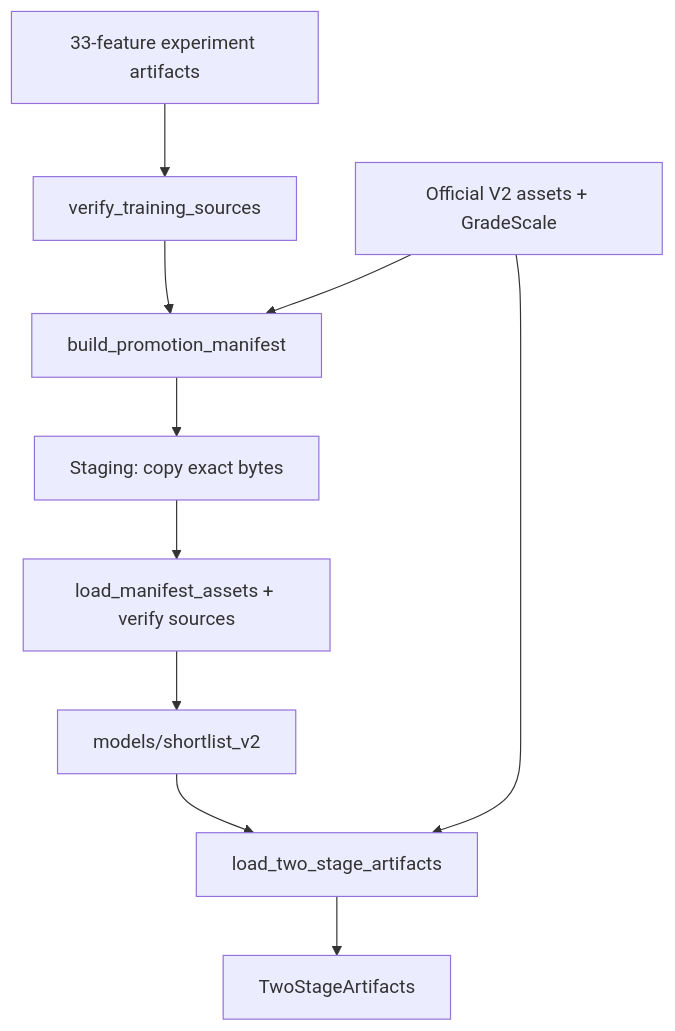
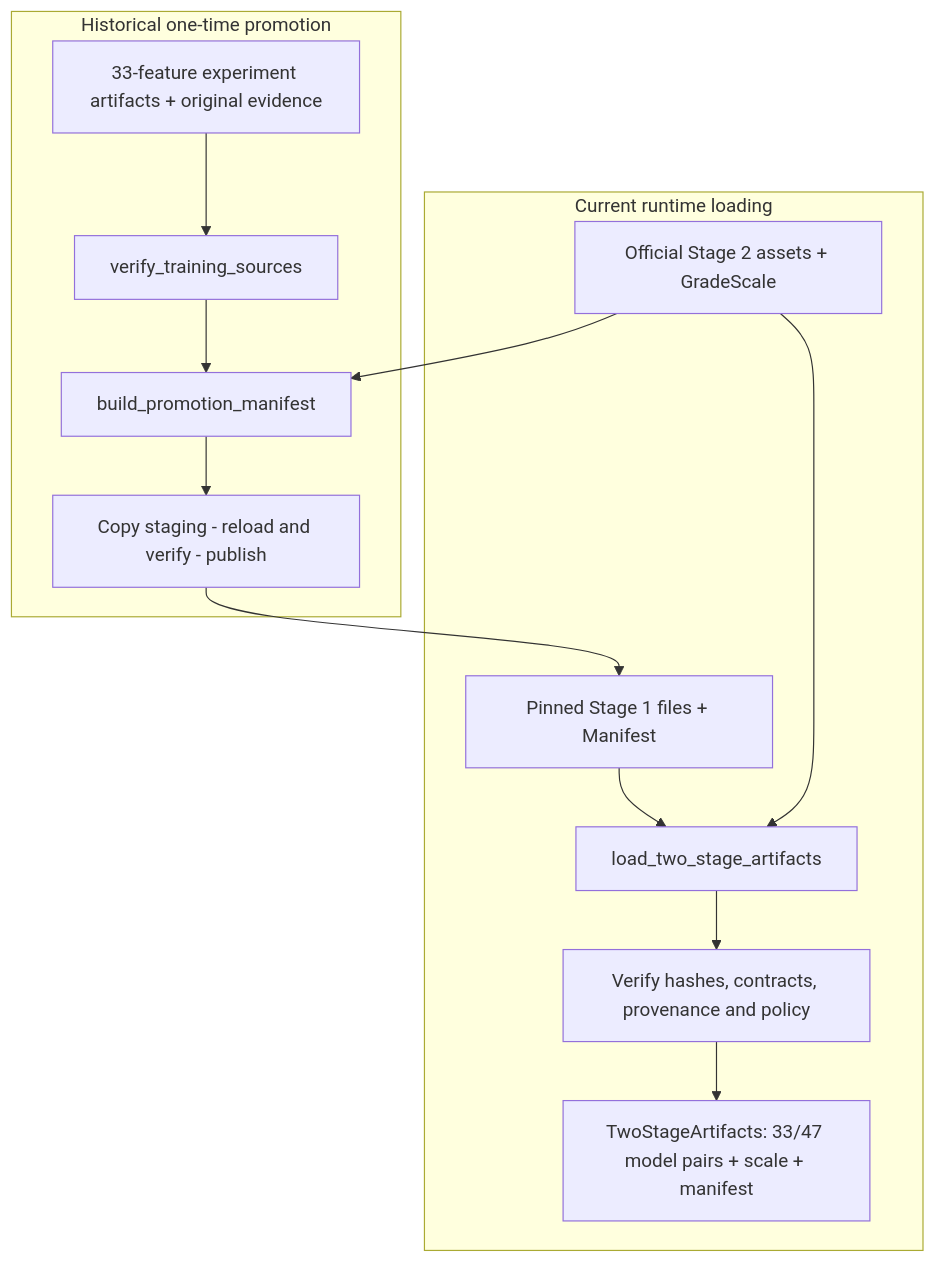
Before and after one commit to ShrkoXIII/Academic_Advisor_Simple: the diagram in plan_explanation/PHASE_01_ARTIFACTS_AND_CONTRACTS.md, drawn with Mermaid. The commit also changed other lines of this file and 137 other files, not shown here.

````diff
--- a/plan_explanation/PHASE_01_ARTIFACTS_AND_CONTRACTS.md
+++ b/plan_explanation/PHASE_01_ARTIFACTS_AND_CONTRACTS.md
@@ -124,11 +126,16 @@
 ```mermaid
 flowchart TD
-    A["33-feature experiment artifacts"] --> B["verify_training_sources"]
-    V["Official V2 assets + GradeScale"] --> C["build_promotion_manifest"]
-    B --> C --> D["Staging: copy exact bytes"]
-    D --> E["load_manifest_assets + verify sources"]
-    E --> F["models/shortlist_v2"]
-    F --> G["load_two_stage_artifacts"]
-    V --> G
-    G --> H["TwoStageArtifacts"]
+    subgraph Promotion["Historical one-time promotion"]
+        A["33-feature experiment artifacts + original evidence"] --> B["verify_training_sources"]
+        B --> C["build_promotion_manifest"]
+        C --> D["Copy staging - reload and verify - publish"]
+    end
+    D --> F["Pinned Stage 1 files + Manifest"]
+    V["Official Stage 2 assets + GradeScale"] --> C
+    subgraph Loading["Current runtime loading"]
+        F --> G["load_two_stage_artifacts"]
+        V --> G
+        G --> P["Verify hashes, contracts, provenance and policy"]
+        P --> H["TwoStageArtifacts: 33/47 model pairs + scale + manifest"]
+    end
 ```
````
